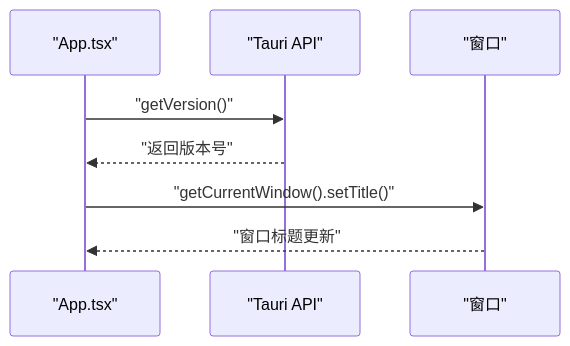
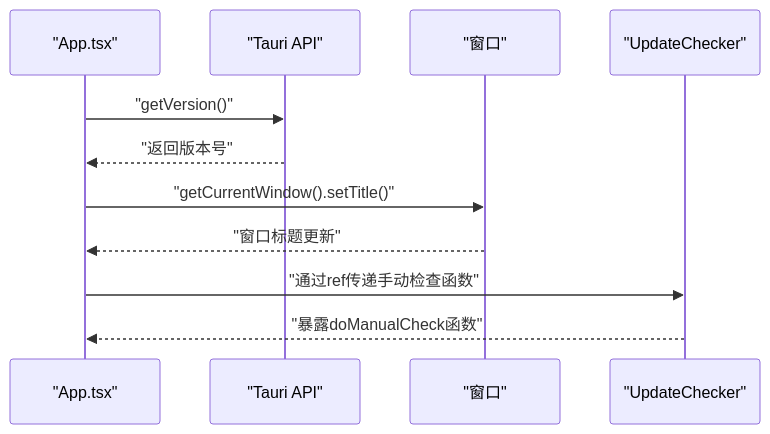
The third of 8 diagrams in .qoder/repowiki/zh/content/前端开发指南/前端开发指南.md (xdongliang/IPSwitcher), drawn with Mermaid before and after one commit. The commit also changed other lines of this file and 7 other files, not shown here.

````diff
--- a/.qoder/repowiki/zh/content/前端开发指南/前端开发指南.md
+++ b/.qoder/repowiki/zh/content/前端开发指南/前端开发指南.md
@@ -129,10 +136,13 @@
 ```mermaid
 sequenceDiagram
 participant App as "App.tsx"
 participant Tauri as "Tauri API"
 participant Window as "窗口"
+participant UpdateChecker as "UpdateChecker"
 App->>Tauri : "getVersion()"
 Tauri-->>App : "返回版本号"
 App->>Window : "getCurrentWindow().setTitle()"
 Window-->>App : "窗口标题更新"
+App->>UpdateChecker : "通过ref传递手动检查函数"
+UpdateChecker-->>App : "暴露doManualCheck函数"
 ```
````
